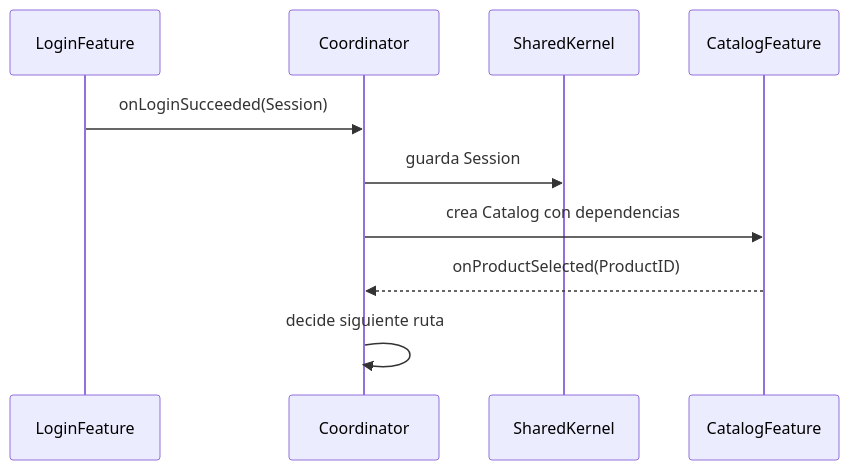
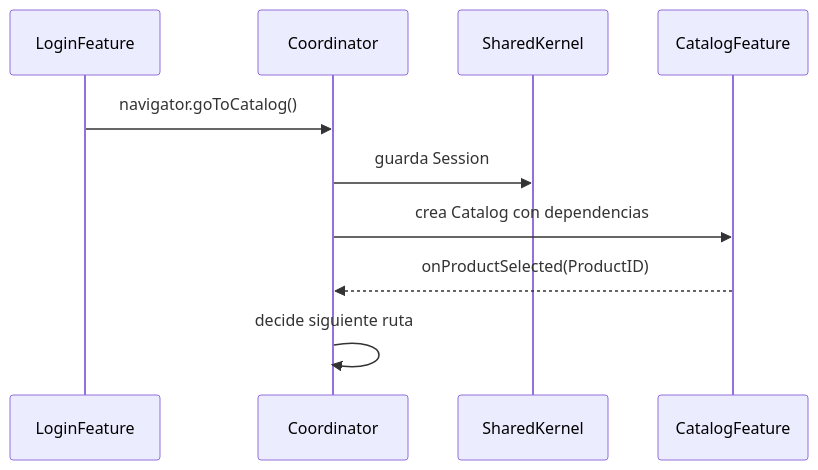
One commit to SwiftEnProfundidad/stack-my-architecture-ios changed the second of 2 diagrams in 02-integracion/03-contratos-features.md. Above: the diagram before and after it, drawn with Mermaid. The commit also changed other lines of this file and 50 other files, not shown here.

````diff
--- a/02-integracion/03-contratos-features.md
+++ b/02-integracion/03-contratos-features.md
@@ -185,13 +186,13 @@
 ```mermaid
 sequenceDiagram
     participant L as LoginFeature
     participant C as Coordinator
     participant K as SharedKernel
     participant G as CatalogFeature
 
-    L->>C: onLoginSucceeded(Session)
+    L->>C: navigator.goToCatalog()
     C->>K: guarda Session
     C->>G: crea Catalog con dependencias
     G-->>C: onProductSelected(ProductID)
     C->>C: decide siguiente ruta
 ```
````
